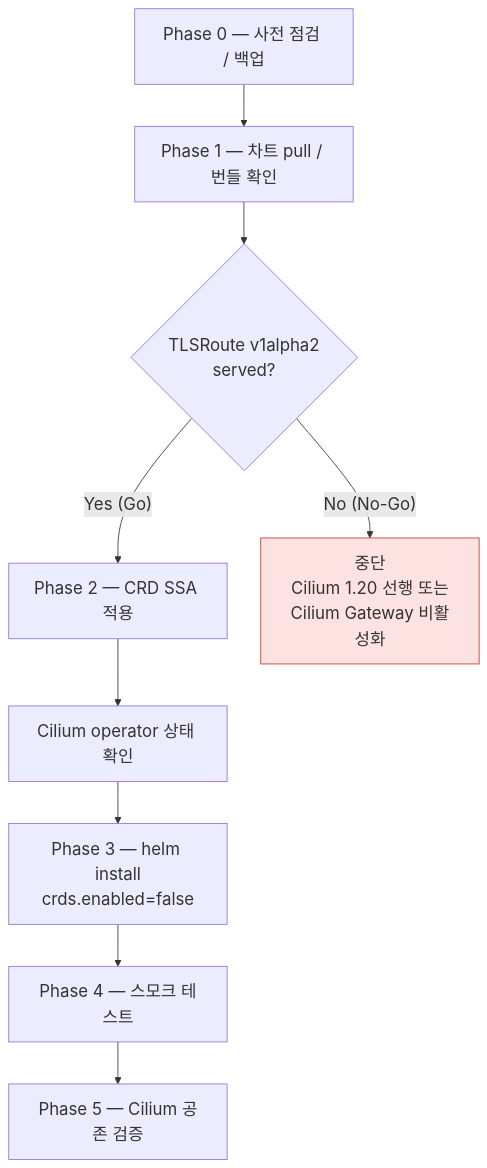
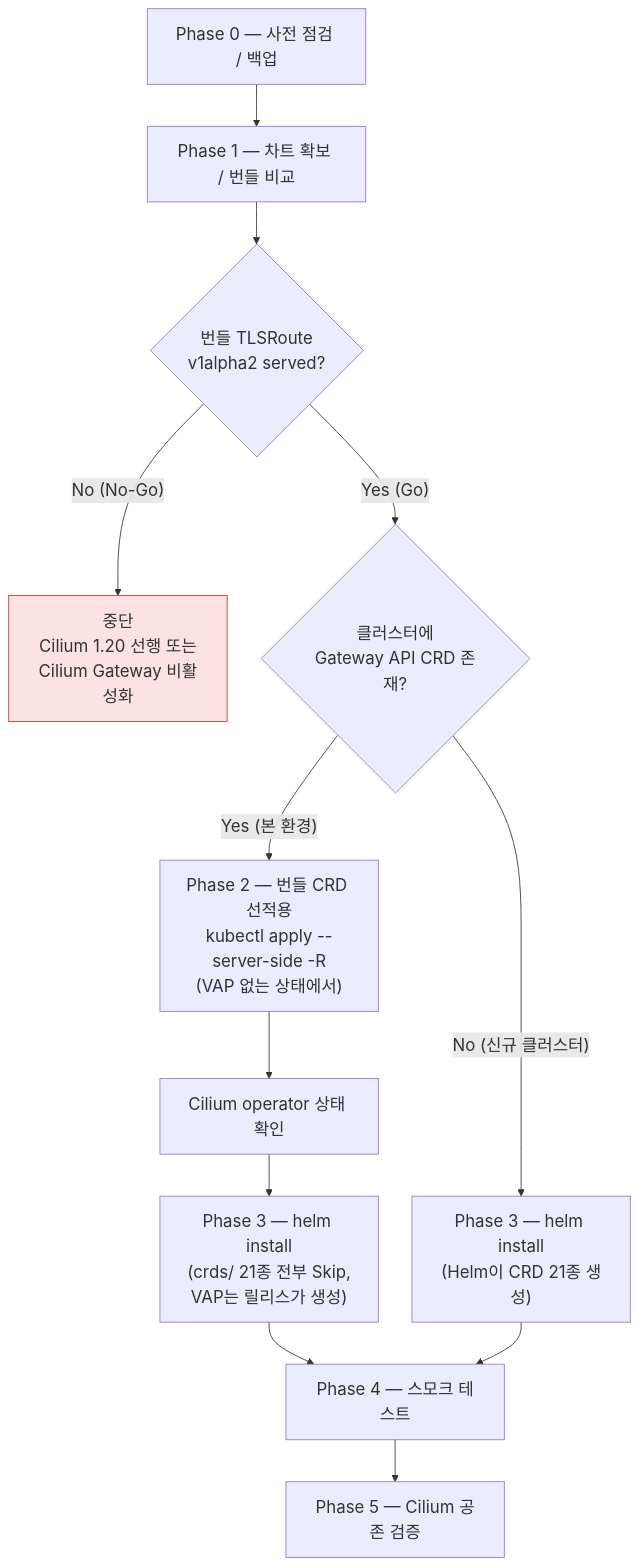
Before and after one commit to nkicker82/chat-with-ai: the second of 4 diagrams in docs/envoy-gateway/envoy-gateway-helm-install-ts.md, drawn with Mermaid. The commit also changed other lines of this file, not shown here.

````diff
--- a/docs/envoy-gateway/envoy-gateway-helm-install-ts.md
+++ b/docs/envoy-gateway/envoy-gateway-helm-install-ts.md
@@ -113,13 +128,16 @@
 ```mermaid
 %%{init: {'themeVariables': {'fontSize': '20px'}, 'flowchart': {'nodeSpacing': 40, 'rankSpacing': 50}}}%%
 flowchart TB
-  P0["Phase 0 — 사전 점검 / 백업"] --> P1["Phase 1 — 차트 pull / 번들 확인"]
-  P1 --> G{"TLSRoute v1alpha2<br/>served?"}
-  G -- "Yes (Go)" --> P2["Phase 2 — CRD SSA 적용"]
+  P0["Phase 0 — 사전 점검 / 백업"] --> P1["Phase 1 — 차트 확보 / 번들 비교"]
+  P1 --> G{"번들 TLSRoute<br/>v1alpha2 served?"}
   G -- "No (No-Go)" --> X["중단<br/>Cilium 1.20 선행 또는<br/>Cilium Gateway 비활성화"]
-  P2 --> P5a["Cilium operator 상태 확인"]
-  P5a --> P3["Phase 3 — helm install<br/>crds.enabled=false"]
+  G -- "Yes (Go)" --> E{"클러스터에<br/>Gateway API CRD 존재?"}
+  E -- "Yes (본 환경)" --> P2["Phase 2 — 번들 CRD 선적용<br/>kubectl apply --server-side -R<br/>(VAP 없는 상태에서)"]
+  P2 --> CK["Cilium operator 상태 확인"]
+  CK --> P3["Phase 3 — helm install<br/>(crds/ 21종 전부 Skip,<br/>VAP는 릴리스가 생성)"]
+  E -- "No (신규 클러스터)" --> P3N["Phase 3 — helm install<br/>(Helm이 CRD 21종 생성)"]
   P3 --> P4["Phase 4 — 스모크 테스트"]
+  P3N --> P4
   P4 --> P5["Phase 5 — Cilium 공존 검증"]
   style X fill:#fde2e2,stroke:#c0392b
 ```
````
